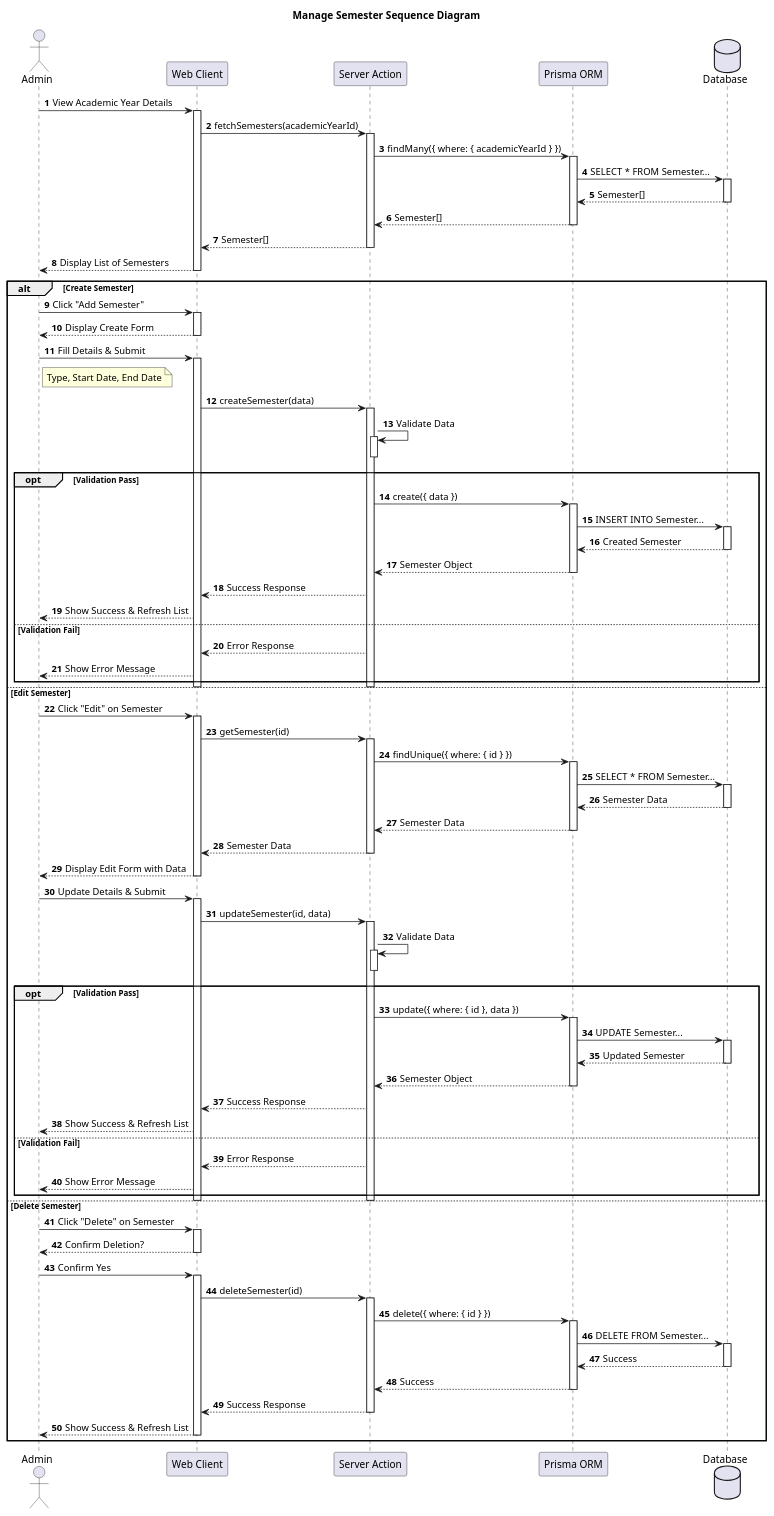
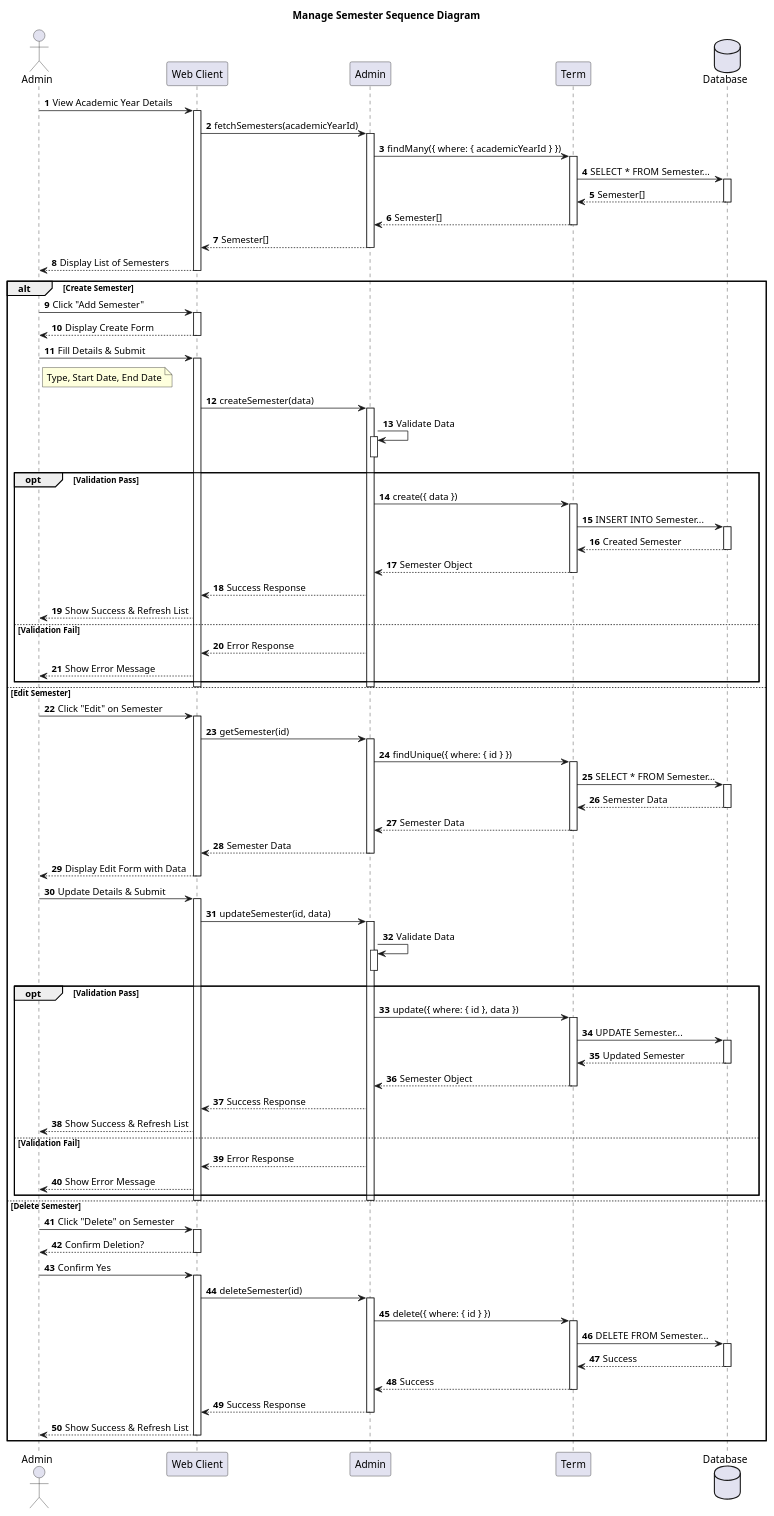
One commit to rafifgpt21-ai/jalms changed the diagram in design-summary/sequence-diagram/sequence-diagram-admin-manage-semester.puml. Above: the diagram before and after it, drawn with PlantUML. The commit also changed 36 other files, not shown here.

```diff
--- a/design-summary/sequence-diagram/sequence-diagram-admin-manage-semester.puml
+++ b/design-summary/sequence-diagram/sequence-diagram-admin-manage-semester.puml
@@ -1,132 +1,132 @@
 @startuml
 title Manage Semester Sequence Diagram
 autonumber
 
 actor "Admin" as Admin
-participant "Web Client" as UI
-participant "Server Action" as Action
-participant "Prisma ORM" as Prisma
-database "Database" as DB
+participant "Web Client" as Client
+participant "Admin" as AdminClass
+participant "Term" as Term
+database "Database" as Database
 
 ' View Semesters Flow
-Admin -> UI: View Academic Year Details
-activate UI
-UI -> Action: fetchSemesters(academicYearId)
-activate Action
-Action -> Prisma: findMany({ where: { academicYearId } })
-activate Prisma
-Prisma -> DB: SELECT * FROM Semester...
-activate DB
-DB --> Prisma: Semester[]
-deactivate DB
-Prisma --> Action: Semester[]
-deactivate Prisma
-Action --> UI: Semester[]
-deactivate Action
-UI --> Admin: Display List of Semesters
-deactivate UI
+Admin -> Client: View Academic Year Details
+activate Client
+Client -> AdminClass: fetchSemesters(academicYearId)
+activate AdminClass
+AdminClass -> Term: findMany({ where: { academicYearId } })
+activate Term
+Term -> Database: SELECT * FROM Semester...
+activate Database
+Database --> Term: Semester[]
+deactivate Database
+Term --> AdminClass: Semester[]
+deactivate Term
+AdminClass --> Client: Semester[]
+deactivate AdminClass
+Client --> Admin: Display List of Semesters
+deactivate Client
 
 ' User Action Choices
 alt Create Semester
-    Admin -> UI: Click "Add Semester"
-    activate UI
-    UI --> Admin: Display Create Form
-    deactivate UI
+    Admin -> Client: Click "Add Semester"
+    activate Client
+    Client --> Admin: Display Create Form
+    deactivate Client
 
-    Admin -> UI: Fill Details & Submit
-    activate UI
+    Admin -> Client: Fill Details & Submit
+    activate Client
     note right of Admin: Type, Start Date, End Date
 
-    UI -> Action: createSemester(data)
-    activate Action
-    Action -> Action: Validate Data
-    activate Action
-    deactivate Action
+    Client -> AdminClass: createSemester(data)
+    activate AdminClass
+    AdminClass -> AdminClass: Validate Data
+    activate AdminClass
+    deactivate AdminClass
 
     opt Validation Pass
-        Action -> Prisma: create({ data })
-        activate Prisma
-        Prisma -> DB: INSERT INTO Semester...
-        activate DB
-        DB --> Prisma: Created Semester
-        deactivate DB
-        Prisma --> Action: Semester Object
-        deactivate Prisma
-        Action --> UI: Success Response
-        UI --> Admin: Show Success & Refresh List
+        AdminClass -> Term: create({ data })
+        activate Term
+        Term -> Database: INSERT INTO Semester...
+        activate Database
+        Database --> Term: Created Semester
+        deactivate Database
+        Term --> AdminClass: Semester Object
+        deactivate Term
+        AdminClass --> Client: Success Response
+        Client --> Admin: Show Success & Refresh List
     else Validation Fail
-        Action --> UI: Error Response
-        UI --> Admin: Show Error Message
+        AdminClass --> Client: Error Response
+        Client --> Admin: Show Error Message
     end
-    deactivate Action
-    deactivate UI
+    deactivate AdminClass
+    deactivate Client
 
 else Edit Semester
-    Admin -> UI: Click "Edit" on Semester
-    activate UI
-    UI -> Action: getSemester(id)
-    activate Action
-    Action -> Prisma: findUnique({ where: { id } })
-    activate Prisma
-    Prisma -> DB: SELECT * FROM Semester...
-    activate DB
-    DB --> Prisma: Semester Data
-    deactivate DB
-    Prisma --> Action: Semester Data
-    deactivate Prisma
-    Action --> UI: Semester Data
-    deactivate Action
-    UI --> Admin: Display Edit Form with Data
-    deactivate UI
+    Admin -> Client: Click "Edit" on Semester
+    activate Client
+    Client -> AdminClass: getSemester(id)
+    activate AdminClass
+    AdminClass -> Term: findUnique({ where: { id } })
+    activate Term
+    Term -> Database: SELECT * FROM Semester...
+    activate Database
+    Database --> Term: Semester Data
+    deactivate Database
+    Term --> AdminClass: Semester Data
+    deactivate Term
+    AdminClass --> Client: Semester Data
+    deactivate AdminClass
+    Client --> Admin: Display Edit Form with Data
+    deactivate Client
 
-    Admin -> UI: Update Details & Submit
-    activate UI
-    UI -> Action: updateSemester(id, data)
-    activate Action
-    Action -> Action: Validate Data
-    activate Action
-    deactivate Action
+    Admin -> Client: Update Details & Submit
+    activate Client
+    Client -> AdminClass: updateSemester(id, data)
+    activate AdminClass
+    AdminClass -> AdminClass: Validate Data
+    activate AdminClass
+    deactivate AdminClass
 
     opt Validation Pass
-        Action -> Prisma: update({ where: { id }, data })
-        activate Prisma
-        Prisma -> DB: UPDATE Semester...
-        activate DB
-        DB --> Prisma: Updated Semester
-        deactivate DB
-        Prisma --> Action: Semester Object
-        deactivate Prisma
-        Action --> UI: Success Response
-        UI --> Admin: Show Success & Refresh List
+        AdminClass -> Term: update({ where: { id }, data })
+        activate Term
+        Term -> Database: UPDATE Semester...
+        activate Database
+        Database --> Term: Updated Semester
+        deactivate Database
+        Term --> AdminClass: Semester Object
+        deactivate Term
+        AdminClass --> Client: Success Response
+        Client --> Admin: Show Success & Refresh List
     else Validation Fail
-        Action --> UI: Error Response
-        UI --> Admin: Show Error Message
+        AdminClass --> Client: Error Response
+        Client --> Admin: Show Error Message
     end
-    deactivate Action
-    deactivate UI
+    deactivate AdminClass
+    deactivate Client
 
 else Delete Semester
-    Admin -> UI: Click "Delete" on Semester
-    activate UI
-    UI --> Admin: Confirm Deletion?
-    deactivate UI
+    Admin -> Client: Click "Delete" on Semester
+    activate Client
+    Client --> Admin: Confirm Deletion?
+    deactivate Client
     
-    Admin -> UI: Confirm Yes
-    activate UI
-    UI -> Action: deleteSemester(id)
-    activate Action
-    Action -> Prisma: delete({ where: { id } })
-    activate Prisma
-    Prisma -> DB: DELETE FROM Semester...
-    activate DB
-    DB --> Prisma: Success
-    deactivate DB
-    Prisma --> Action: Success
-    deactivate Prisma
-    Action --> UI: Success Response
-    deactivate Action
-    UI --> Admin: Show Success & Refresh List
-    deactivate UI
+    Admin -> Client: Confirm Yes
+    activate Client
+    Client -> AdminClass: deleteSemester(id)
+    activate AdminClass
+    AdminClass -> Term: delete({ where: { id } })
+    activate Term
+    Term -> Database: DELETE FROM Semester...
+    activate Database
+    Database --> Term: Success
+    deactivate Database
+    Term --> AdminClass: Success
+    deactivate Term
+    AdminClass --> Client: Success Response
+    deactivate AdminClass
+    Client --> Admin: Show Success & Refresh List
+    deactivate Client
 end
 
 @enduml
```
